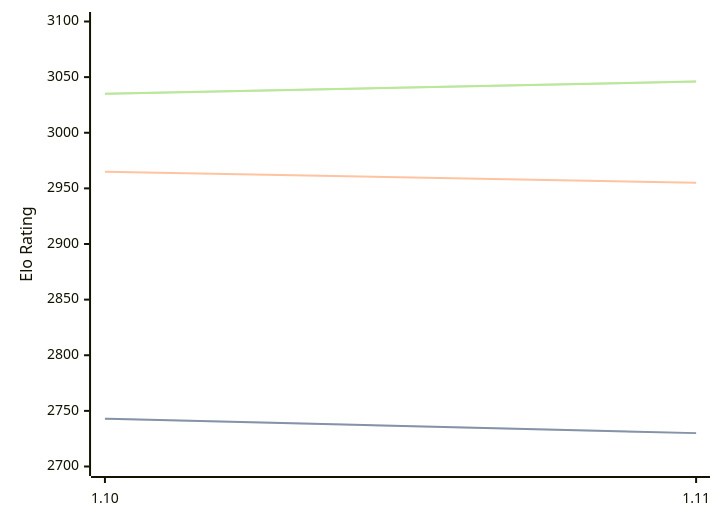
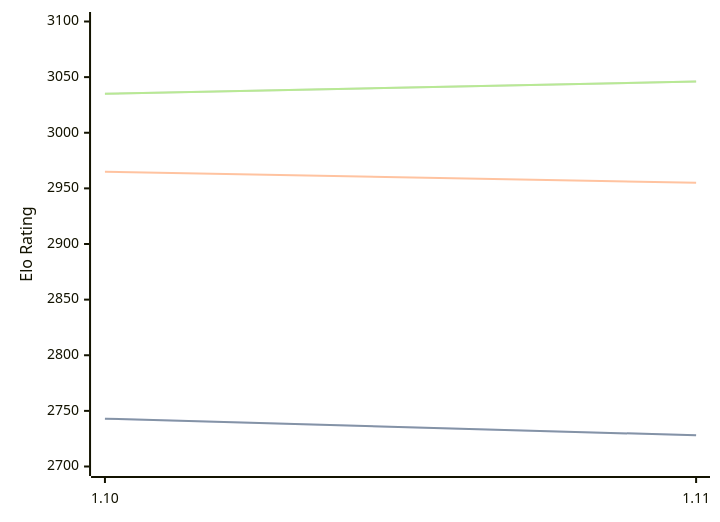
One commit to computer-chess-index/cci changed the diagram in engines/Roc.md. Above: the diagram before and after it, drawn with Mermaid. The commit also changed other lines of this file, not shown here.

````diff
--- a/engines/Roc.md
+++ b/engines/Roc.md
@@ -42,11 +42,11 @@
 ```mermaid
 %%{init: {"theme":"base","themeVariables":{"seriesColors:['#a3a3a3','#222221','#faa371']}}}%%
 xychart-beta
   x-axis ["1.10", "1.11"]
   y-axis "Elo Rating" 2700 --> 3100
-  line "" [2743, 2730]
-  line "STC (8.0+0.08s)" [2743, 2730]
+  line "" [2743, 2728]
+  line "STC (8.0+0.08s)" [2743, 2728]
   line "LTC (60.0+0.60s)" [2965, 2955]
   line "" [3035, 3046]
   line "VLTC (2m24s+1.12s)" [3035, 3046]
 ```
````
